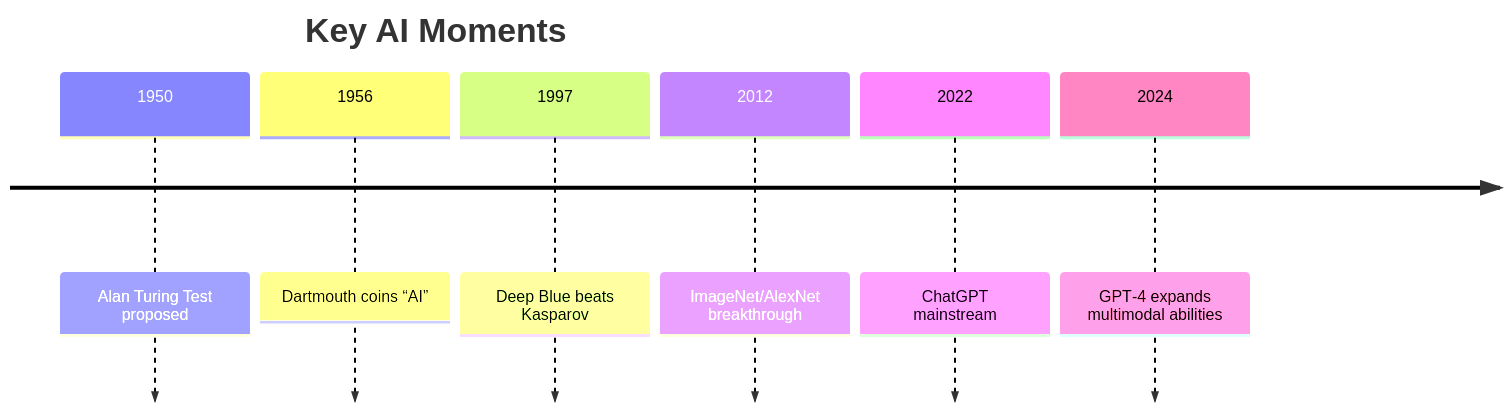
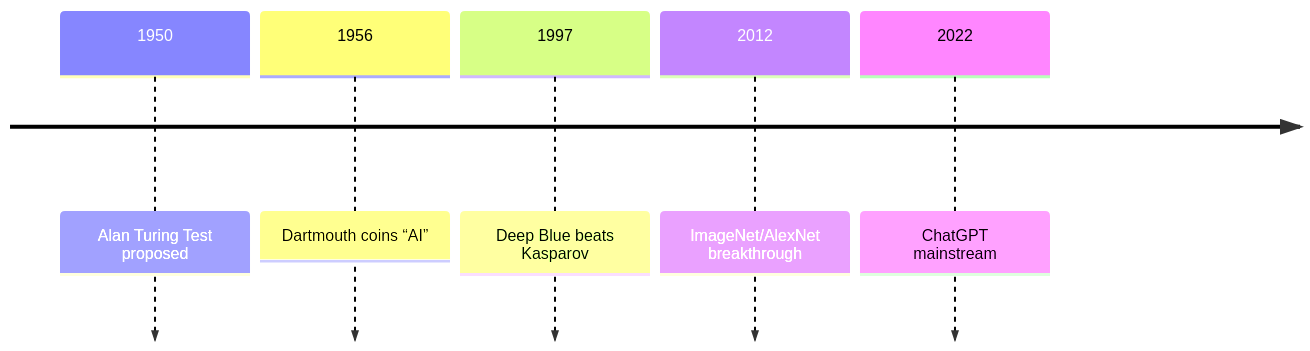
One commit to gtuck/ai-workshop changed the first of 4 diagrams in slides.md. Above: the diagram before and after it, drawn with Mermaid. The commit also changed other lines of this file, not shown here.

````diff
--- a/slides.md
+++ b/slides.md
@@ -128,10 +118,8 @@
 ```mermaid
 timeline
-  title Key AI Moments
   1950 : Alan Turing Test proposed
   1956 : Dartmouth coins “AI”
   1997 : Deep Blue beats Kasparov
   2012 : ImageNet/AlexNet breakthrough
   2022 : ChatGPT mainstream
-  2024 : GPT‑4 expands multimodal abilities
 ```
````
